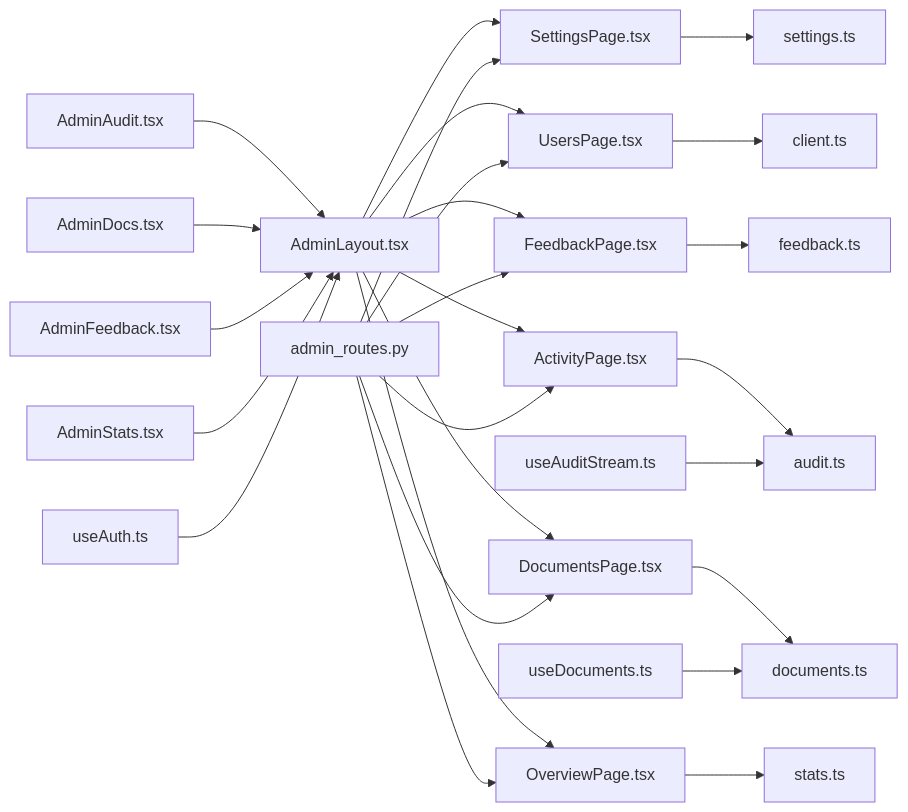
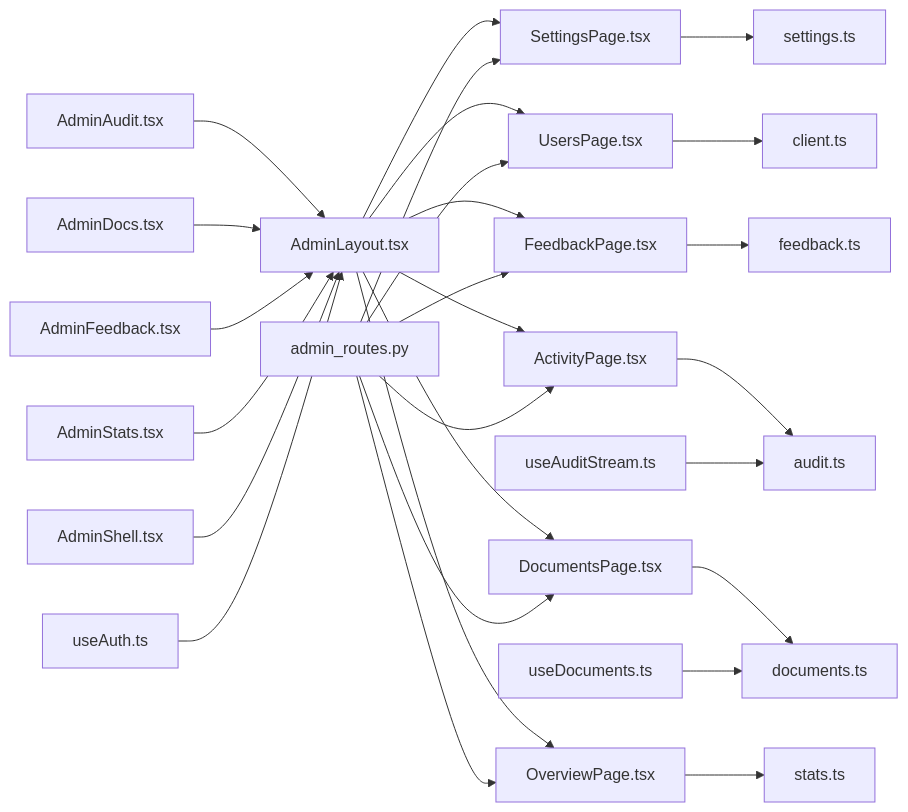
Diagram 15 of 15 in .qoder/repowiki/en/content/Frontend Application/Admin Dashboard/Admin Dashboard.md (genes8/private-ai), drawn with Mermaid before and after one commit. The commit also changed other lines of this file and 12 other files, not shown here.

````diff
--- a/.qoder/repowiki/en/content/Frontend Application/Admin Dashboard/Admin Dashboard.md
+++ b/.qoder/repowiki/en/content/Frontend Application/Admin Dashboard/Admin Dashboard.md
@@ -581,28 +621,29 @@
 ```mermaid
 graph LR
 AL["AdminLayout.tsx"] --> SP["SettingsPage.tsx"]
 AL --> UP["UsersPage.tsx"]
 AL --> FP["FeedbackPage.tsx"]
 AL --> AP["ActivityPage.tsx"]
 AL --> DP["DocumentsPage.tsx"]
 AL --> OP["OverviewPage.tsx"]
 SP --> SET["settings.ts"]
 UP --> CLI["client.ts"]
 FP --> FB["feedback.ts"]
 AP --> AT["audit.ts"]
 DP --> DOC["documents.ts"]
 OP --> ST["stats.ts"]
 DA["AdminAudit.tsx"] --> AL
 DD["AdminDocs.tsx"] --> AL
 DF["AdminFeedback.tsx"] --> AL
 DS["AdminStats.tsx"] --> AL
+AS["AdminShell.tsx"] --> AL
 UDM["useDocuments.ts"] --> DOC
 UAS["useAuditStream.ts"] --> AT
 UA["useAuth.ts"] --> AL
 AR["admin_routes.py"] --> SP
 AR --> UP
 AR --> FP
 AR --> AP
 AR --> DP
 AR --> OP
 ```
````
